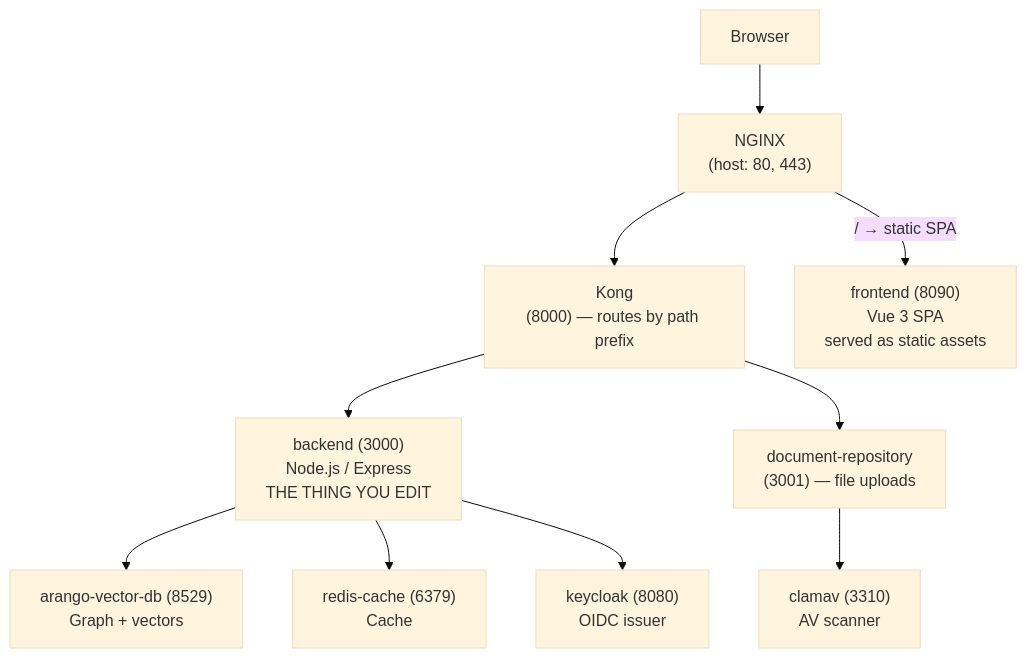
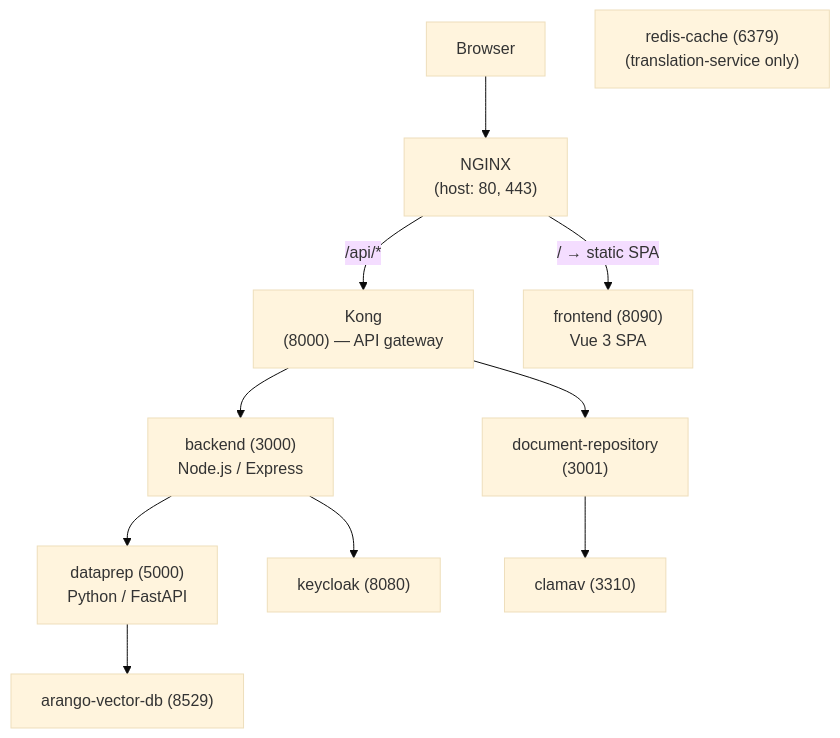
Before and after one commit to jrevillard/genie-ai-replica: the diagram in site/content/en/docs/get-started/quickstart-developer.md, drawn with Mermaid (base theme). The commit also changed other lines of this file, not shown here.

````diff
--- a/site/content/en/docs/get-started/quickstart-developer.md
+++ b/site/content/en/docs/get-started/quickstart-developer.md
@@ -42,23 +50,24 @@
 ```mermaid
 flowchart TB
     Browser["Browser"]
     Nginx["NGINX<br/>(host: 80, 443)"]
-    Kong["Kong<br/>(8000) — routes by path prefix"]
-    Backend["backend (3000)<br/>Node.js / Express<br/>THE THING YOU EDIT"]
-    Frontend["frontend (8090)<br/>Vue 3 SPA<br/>served as static assets"]
-    DocRepo["document-repository<br/>(3001) — file uploads"]
-    Arango["arango-vector-db (8529)<br/>Graph + vectors"]
-    Redis["redis-cache (6379)<br/>Cache"]
-    Keycloak["keycloak (8080)<br/>OIDC issuer"]
-    ClamAV["clamav (3310)<br/>AV scanner"]
+    Kong["Kong<br/>(8000) — API gateway"]
+    Backend["backend (3000)<br/>Node.js / Express"]
+    Frontend["frontend (8090)<br/>Vue 3 SPA"]
+    DocRepo["document-repository<br/>(3001)"]
+    Dataprep["dataprep (5000)<br/>Python / FastAPI"]
+    Arango["arango-vector-db (8529)"]
+    Redis["redis-cache (6379)<br/>(translation-service only)"]
+    Keycloak["keycloak (8080)"]
+    ClamAV["clamav (3310)"]
 
     Browser --> Nginx
-    Nginx --> Kong
     Nginx -- "/ → static SPA" --> Frontend
+    Nginx -- "/api/*" --> Kong
     Kong --> Backend
     Kong --> DocRepo
-    Backend --> Arango
-    Backend --> Redis
+    Backend --> Dataprep
+    Dataprep --> Arango
     Backend --> Keycloak
     DocRepo --> ClamAV
 ```
````
